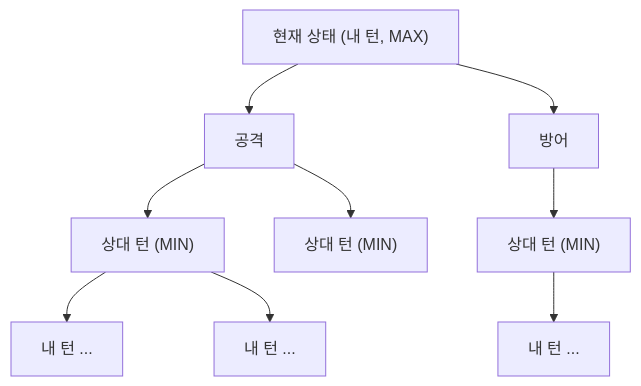
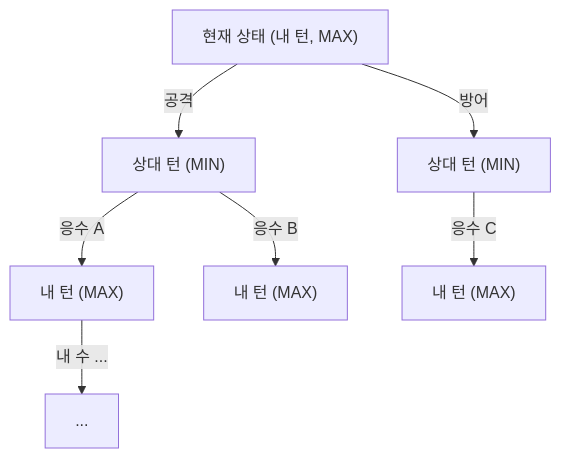
One commit to Rein-ArXiv/game-dev-curriculum changed the second of 7 diagrams in ai/part22_adversarial_search.md. Above: the diagram before and after it, drawn with Mermaid. The commit also changed other lines of this file and 279 other files, not shown here.

````diff
--- a/ai/part22_adversarial_search.md
+++ b/ai/part22_adversarial_search.md
@@ -57,11 +57,9 @@
 ```mermaid
 flowchart TB
-    S0["현재 상태 (내 턴, MAX)"] --> A1[공격]
-    S0 --> A2[방어]
-    A1 --> E1["상대 턴 (MIN)"]
-    A1 --> E2["상대 턴 (MIN)"]
-    A2 --> E3["상대 턴 (MIN)"]
-    E1 --> L1["내 턴 ..."]
-    E1 --> L2["내 턴 ..."]
-    E3 --> L3["내 턴 ..."]
+    S0["현재 상태 (내 턴, MAX)"] -->|공격| M1["상대 턴 (MIN)"]
+    S0 -->|방어| M2["상대 턴 (MIN)"]
+    M1 -->|응수 A| N1["내 턴 (MAX)"]
+    M1 -->|응수 B| N2["내 턴 (MAX)"]
+    M2 -->|응수 C| N3["내 턴 (MAX)"]
+    N1 -->|내 수 ...| L1["..."]
 ```
````
